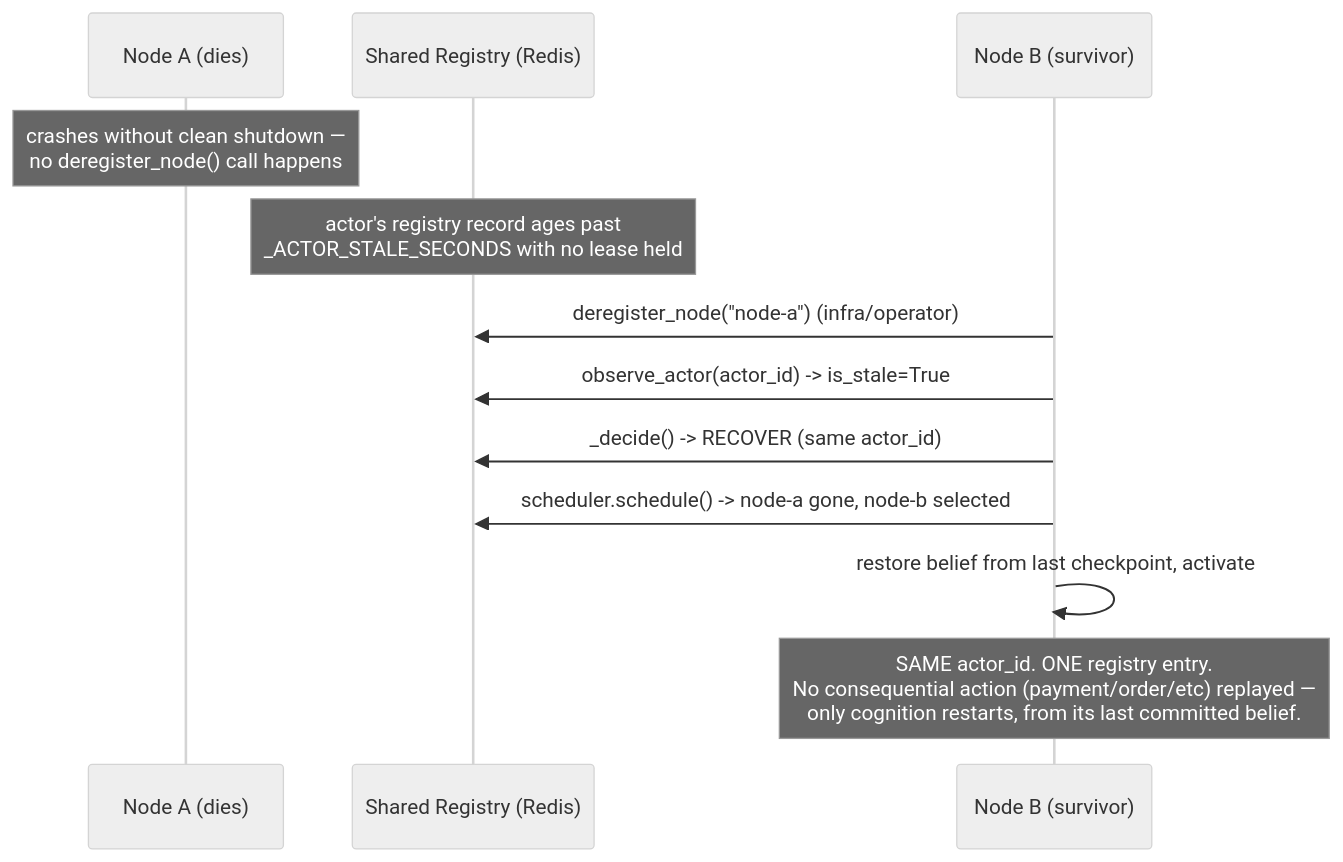
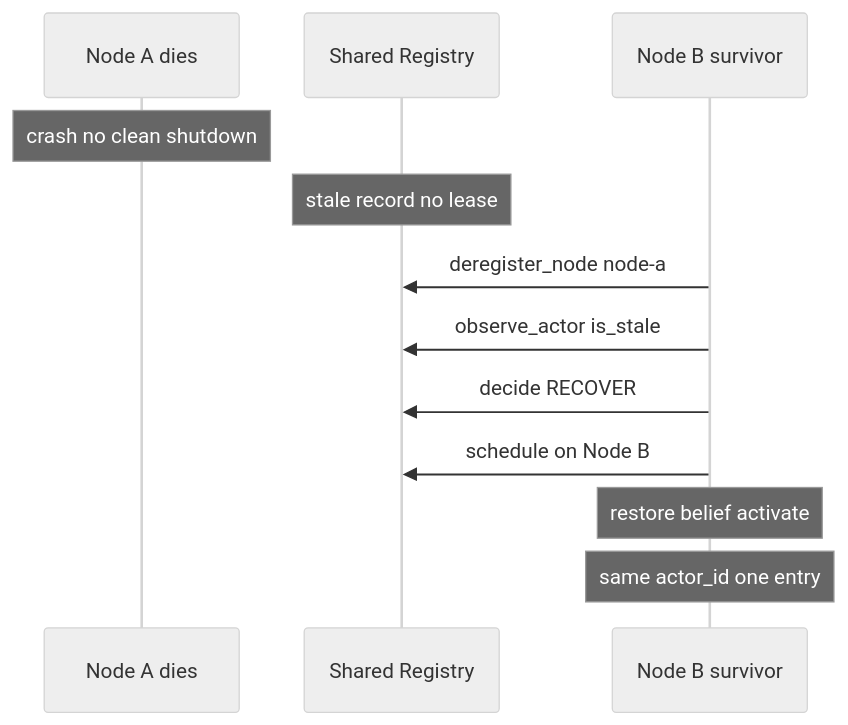
One commit to monkeypatched-stack/cogitive-os changed the second of 2 diagrams in docs/ACTOR_SCHEDULER.md. Above: the diagram before and after it, drawn with Mermaid (neutral theme). The commit also changed other lines of this file and 6 other files, not shown here.

Commit message:
adding diagrams

````diff
--- a/docs/ACTOR_SCHEDULER.md
+++ b/docs/ACTOR_SCHEDULER.md
@@ -211,15 +211,15 @@
 ```mermaid
 sequenceDiagram
-    participant NodeA as Node A (dies)
-    participant Registry as Shared Registry (Redis)
-    participant NodeB as Node B (survivor)
+    participant NodeA as Node A dies
+    participant Registry as Shared Registry
+    participant NodeB as Node B survivor
 
-    Note over NodeA: crashes without clean shutdown —<br/>no deregister_node() call happens
-    Note over Registry: actor's registry record ages past<br/>_ACTOR_STALE_SECONDS with no lease held
-    NodeB->>Registry: deregister_node("node-a") (infra/operator)
-    NodeB->>Registry: observe_actor(actor_id) -> is_stale=True
-    NodeB->>Registry: _decide() -> RECOVER (same actor_id)
-    NodeB->>Registry: scheduler.schedule() -> node-a gone, node-b selected
-    NodeB->>NodeB: restore belief from last checkpoint, activate
-    Note over NodeB: SAME actor_id. ONE registry entry.<br/>No consequential action (payment/order/etc) replayed —<br/>only cognition restarts, from its last committed belief.
+    Note over NodeA: crash no clean shutdown
+    Note over Registry: stale record no lease
+    NodeB->>Registry: deregister_node node-a
+    NodeB->>Registry: observe_actor is_stale
+    NodeB->>Registry: decide RECOVER
+    NodeB->>Registry: schedule on Node B
+    Note over NodeB: restore belief activate
+    Note over NodeB: same actor_id one entry
 ```
````
